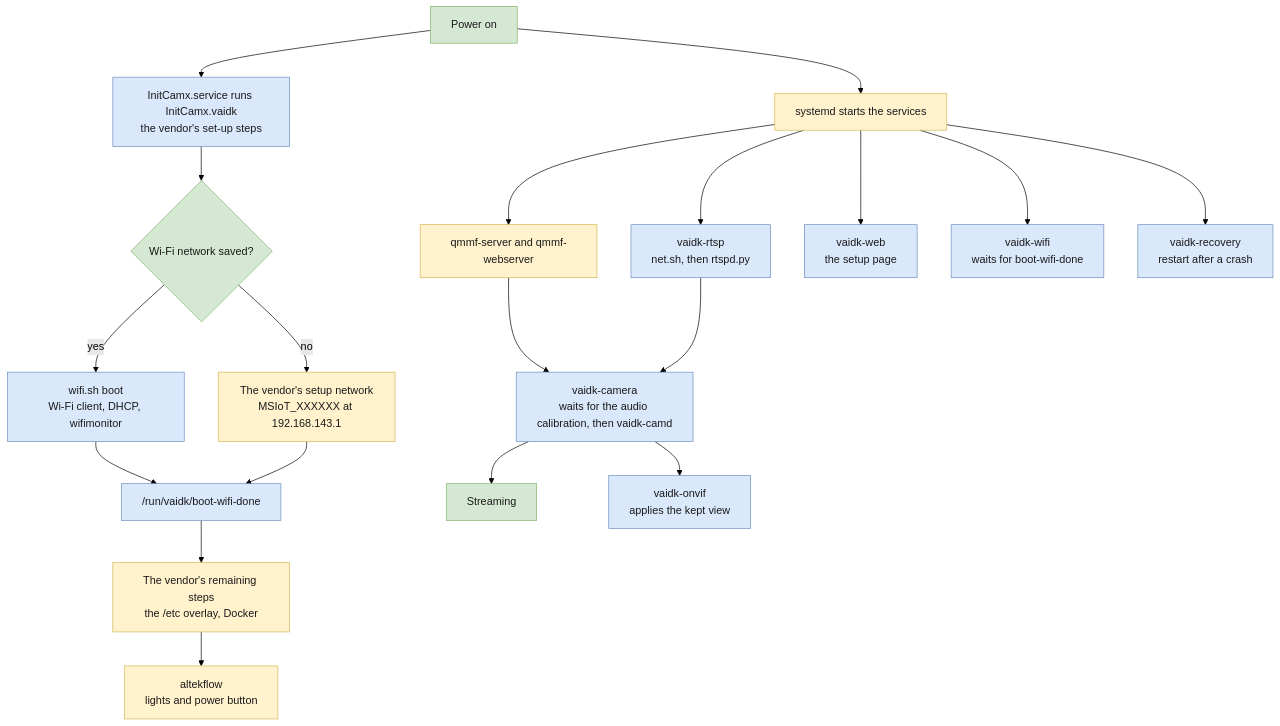
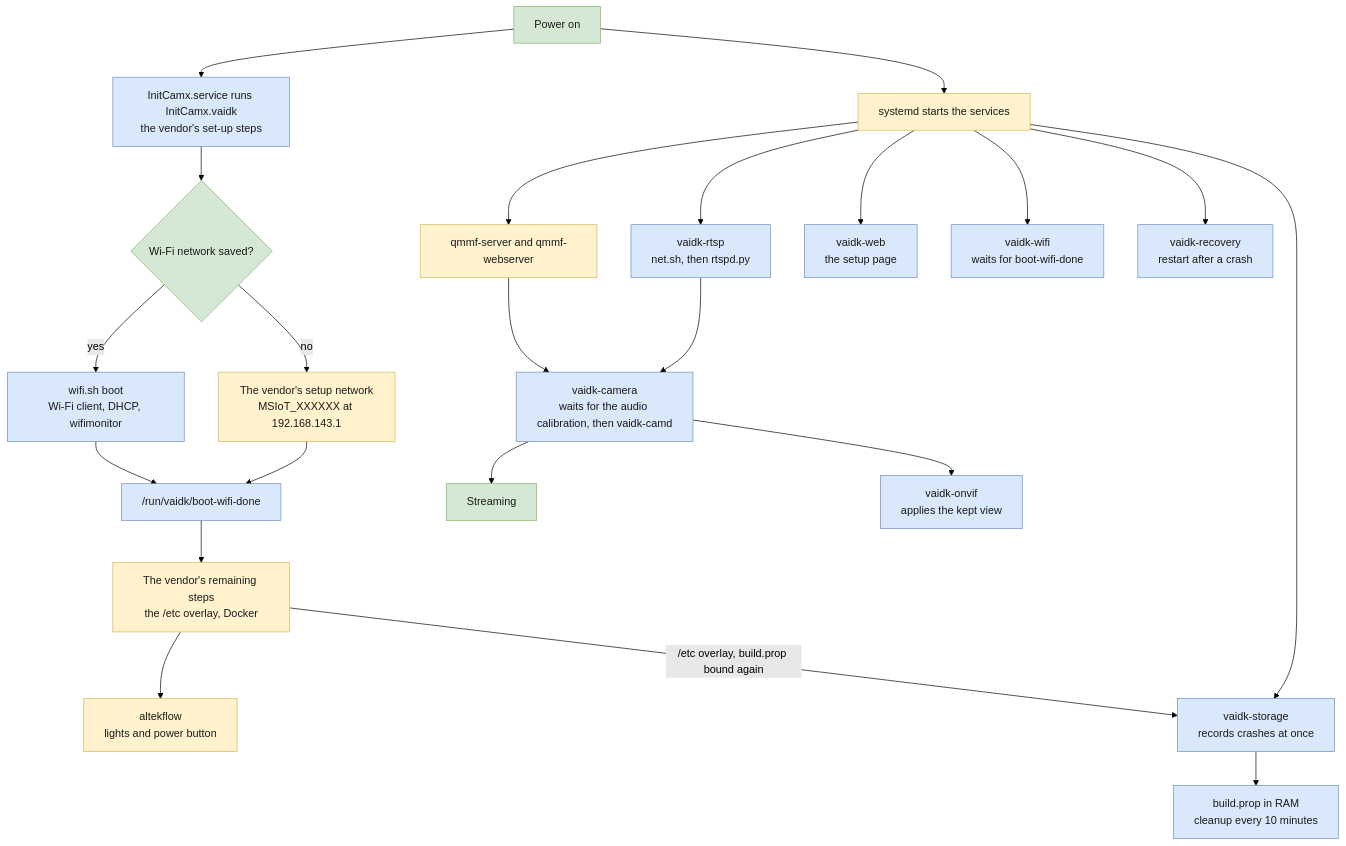
Before and after one commit to howardginsburg/VisionAIDevKitRTSP: the seventh of 9 diagrams in ARCHITECTURE.md, drawn with Mermaid (forest theme). The commit also changed other lines of this file and 11 other files, not shown here.

````diff
--- a/ARCHITECTURE.md
+++ b/ARCHITECTURE.md
@@ -309,27 +317,30 @@
 ```mermaid
 flowchart TB
     power["Power on"] --> init["InitCamx.service runs InitCamx.vaidk<br/>the vendor's set-up steps"]
     init --> saved{"Wi-Fi network saved?"}
     saved -- "yes" --> join["wifi.sh boot<br/>Wi-Fi client, DHCP, wifimonitor"]
     saved -- "no" --> ap["The vendor's setup network<br/>MSIoT_XXXXXX at 192.168.143.1"]
     join --> done["/run/vaidk/boot-wifi-done"]
     ap --> done
     done --> rest["The vendor's remaining steps<br/>the /etc overlay, Docker"]
     rest --> altek["altekflow<br/>lights and power button"]
     power --> svc["systemd starts the services"]
     svc --> qmmf["qmmf-server and qmmf-webserver"]
     svc --> rtsp["vaidk-rtsp<br/>net.sh, then rtspd.py"]
     svc --> web["vaidk-web<br/>the setup page"]
     svc --> watch["vaidk-wifi<br/>waits for boot-wifi-done"]
     svc --> recovery["vaidk-recovery<br/>restart after a crash"]
+    svc --> storage["vaidk-storage<br/>records crashes at once"]
+    rest -- "/etc overlay, build.prop bound again" --> storage
+    storage --> ram["build.prop in RAM<br/>cleanup every 10 minutes"]
     qmmf --> cam["vaidk-camera<br/>waits for the audio calibration, then vaidk-camd"]
     rtsp --> cam
     cam --> streaming["Streaming"]
     cam --> onvif["vaidk-onvif<br/>applies the kept view"]
     classDef mod fill:#dae8fc,stroke:#6c8ebf,color:#1a1a1a
     classDef os fill:#fff2cc,stroke:#d6b656,color:#1a1a1a
     classDef use fill:#d5e8d4,stroke:#82b366,color:#1a1a1a
-    class init,join,done,rtsp,web,watch,recovery,cam,onvif mod
+    class init,join,done,rtsp,web,watch,recovery,storage,ram,cam,onvif mod
     class ap,rest,altek,svc,qmmf os
     class power,saved,streaming use
 ```
````
